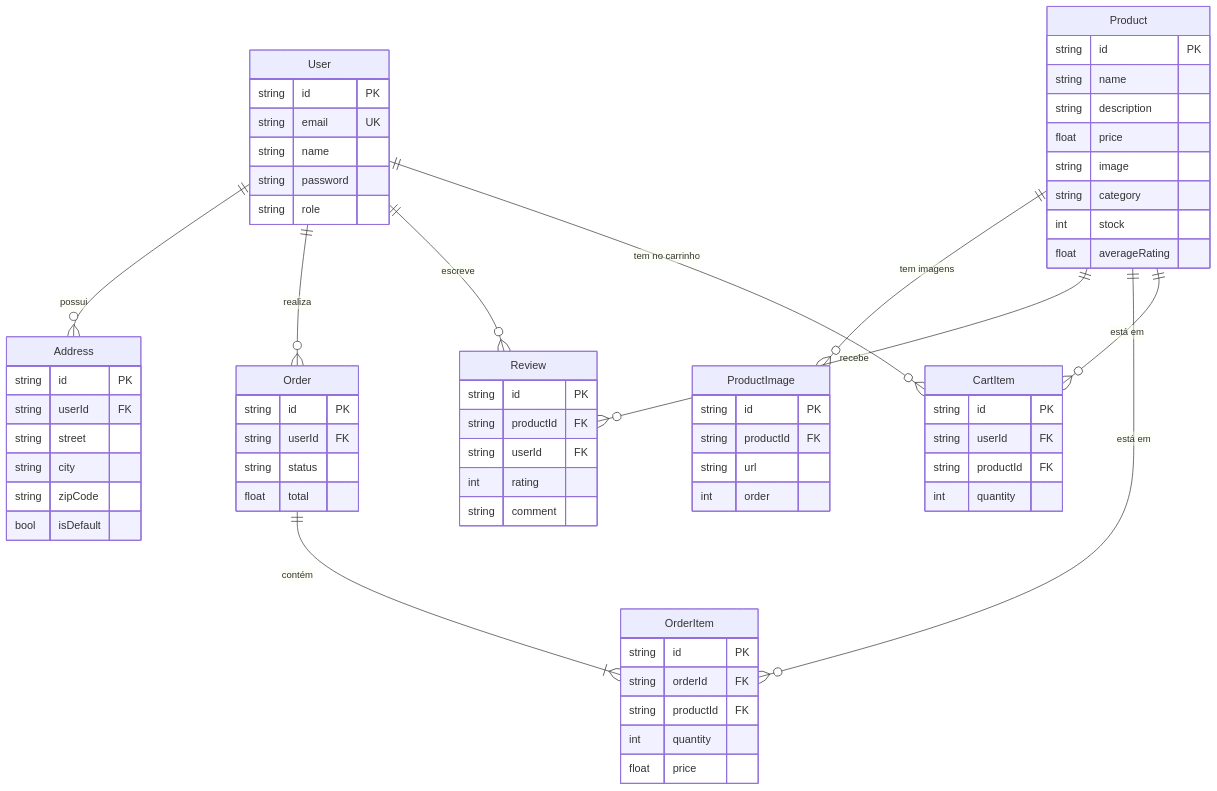
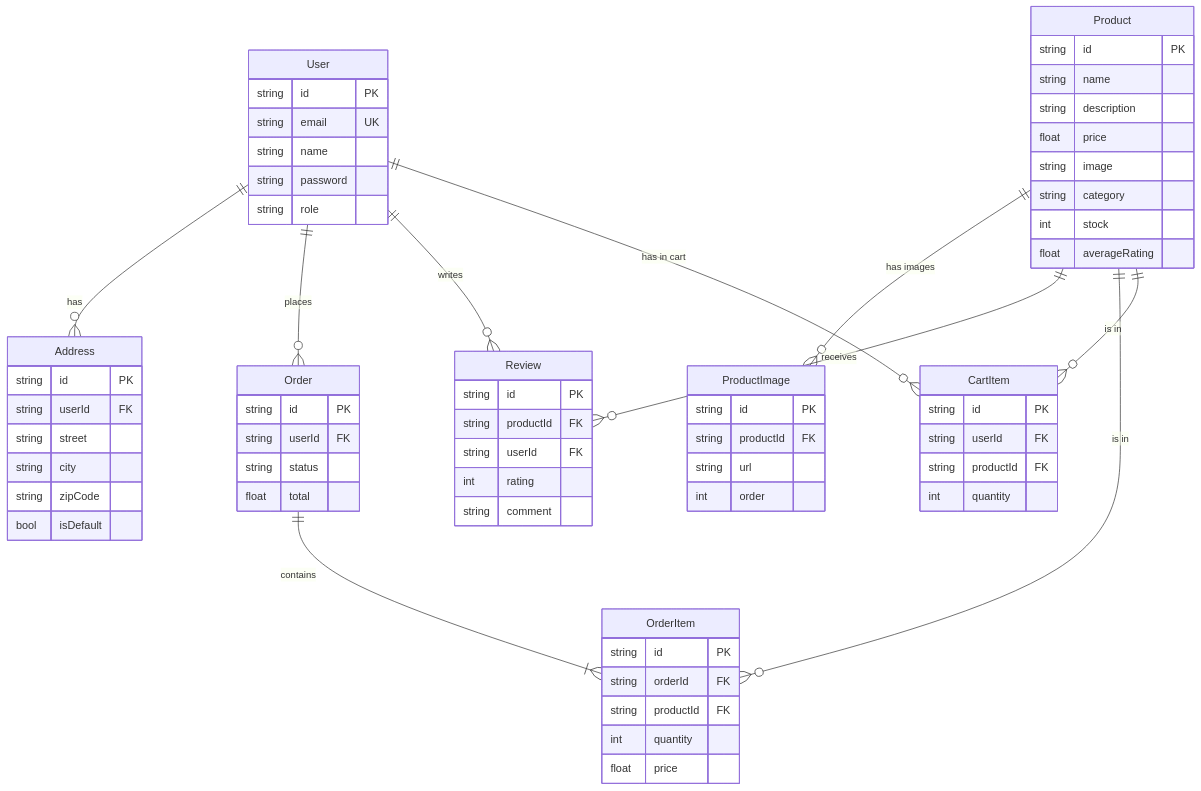
The second of 4 diagrams in PROJECT_OVERVIEW.md (ppconrado/modern-e-commerce), drawn with Mermaid before and after one commit. The commit also changed other lines of this file, not shown here.

Commit message:
fix(docs): translate project overview to English and enhance clarity in architecture descriptions

````diff
--- a/PROJECT_OVERVIEW.md
+++ b/PROJECT_OVERVIEW.md
@@ -73,70 +73,70 @@
 ```mermaid
 erDiagram
     User {
         string id PK
         string email UK
         string name
         string password
         string role
     }
     Address {
         string id PK
         string userId FK
         string street
         string city
         string zipCode
         bool isDefault
     }
     Product {
         string id PK
         string name
         string description
         float price
         string image
         string category
         int stock
         float averageRating
     }
     ProductImage {
         string id PK
         string productId FK
         string url
         int order
     }
     Review {
         string id PK
         string productId FK
         string userId FK
         int rating
         string comment
     }
     Order {
         string id PK
         string userId FK
         string status
         float total
     }
     OrderItem {
         string id PK
         string orderId FK
         string productId FK
         int quantity
         float price
     }
     CartItem {
         string id PK
         string userId FK
         string productId FK
         int quantity
     }
 
-    User ||--o{ Address : "possui"
-    User ||--o{ Order : "realiza"
-    User ||--o{ Review : "escreve"
-    User ||--o{ CartItem : "tem no carrinho"
-    Product ||--o{ ProductImage : "tem imagens"
-    Product ||--o{ Review : "recebe"
-    Product ||--o{ OrderItem : "está em"
-    Product ||--o{ CartItem : "está em"
-    Order ||--|{ OrderItem : "contém"
+    User ||--o{ Address : "has"
+    User ||--o{ Order : "places"
+    User ||--o{ Review : "writes"
+    User ||--o{ CartItem : "has in cart"
+    Product ||--o{ ProductImage : "has images"
+    Product ||--o{ Review : "receives"
+    Product ||--o{ OrderItem : "is in"
+    Product ||--o{ CartItem : "is in"
+    Order ||--|{ OrderItem : "contains"
 ```
````
